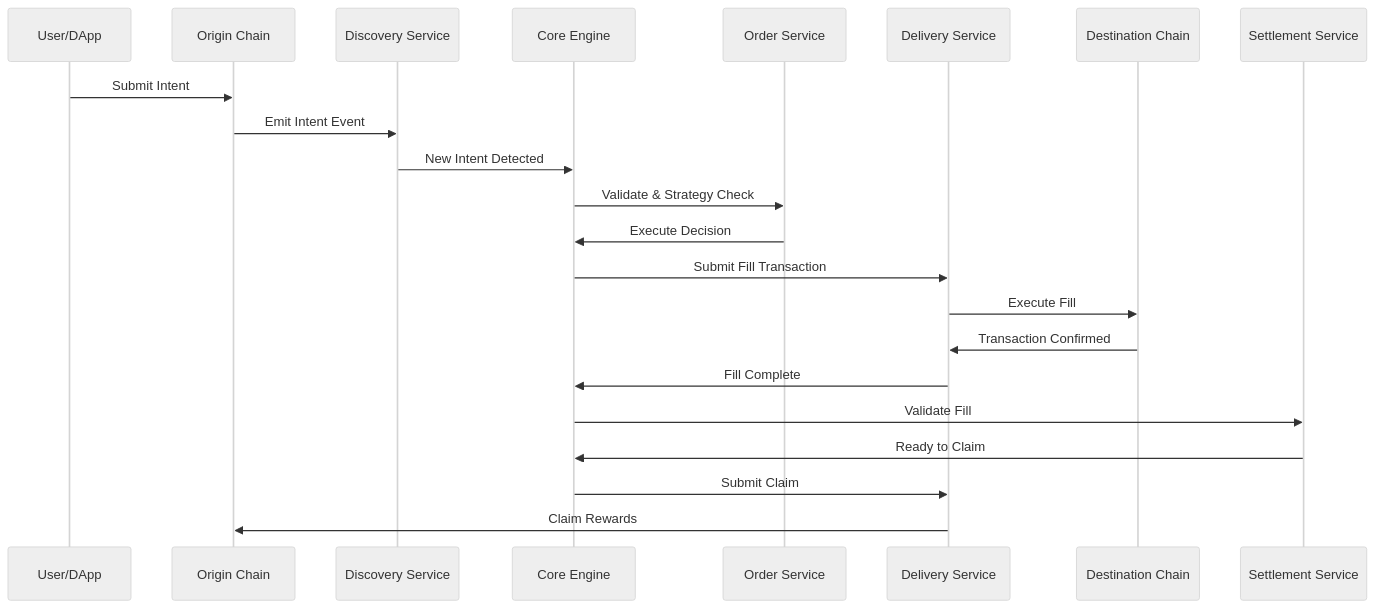
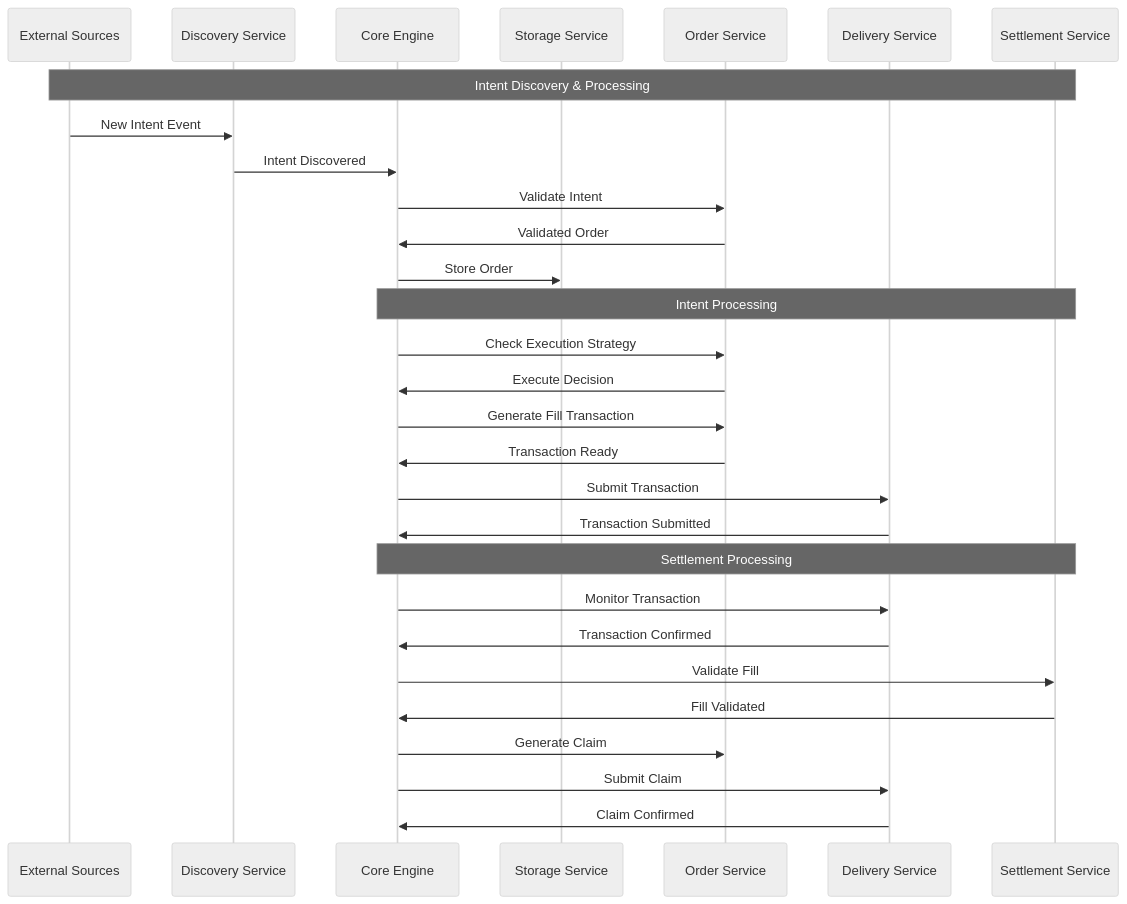
The first of 6 diagrams in OVERVIEW.md (shahnami/oif-solver), drawn with Mermaid (neutral theme) before and after one commit. The commit also changed other lines of this file, not shown here.

Commit message:
docs: Update overview

````diff
--- a/OVERVIEW.md
+++ b/OVERVIEW.md
@@ -52,25 +50,34 @@
 ```mermaid
 sequenceDiagram
-    participant User as User/DApp
-    participant Origin as Origin Chain
+    participant External as External Sources
     participant Discovery as Discovery Service
     participant Core as Core Engine
+    participant Storage as Storage Service
     participant Order as Order Service
     participant Delivery as Delivery Service
-    participant Destination as Destination Chain
     participant Settlement as Settlement Service
 
-    User->>Origin: Submit Intent
-    Origin->>Discovery: Emit Intent Event
-    Discovery->>Core: New Intent Detected
-    Core->>Order: Validate & Strategy Check
+    Note over External,Settlement: Intent Discovery & Processing
+    External->>Discovery: New Intent Event
+    Discovery->>Core: Intent Discovered
+    Core->>Order: Validate Intent
+    Order->>Core: Validated Order
+    Core->>Storage: Store Order
+
+    Note over Core,Settlement: Intent Processing
+    Core->>Order: Check Execution Strategy
     Order->>Core: Execute Decision
-    Core->>Delivery: Submit Fill Transaction
-    Delivery->>Destination: Execute Fill
-    Destination->>Delivery: Transaction Confirmed
-    Delivery->>Core: Fill Complete
+    Core->>Order: Generate Fill Transaction
+    Order->>Core: Transaction Ready
+    Core->>Delivery: Submit Transaction
+    Delivery->>Core: Transaction Submitted
+
+    Note over Core,Settlement: Settlement Processing
+    Core->>Delivery: Monitor Transaction
+    Delivery->>Core: Transaction Confirmed
     Core->>Settlement: Validate Fill
-    Settlement->>Core: Ready to Claim
+    Settlement->>Core: Fill Validated
+    Core->>Order: Generate Claim
     Core->>Delivery: Submit Claim
-    Delivery->>Origin: Claim Rewards
+    Delivery->>Core: Claim Confirmed
 ```
````
